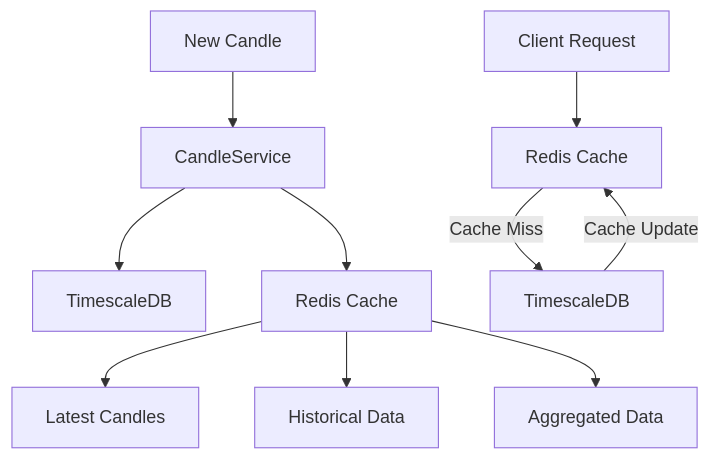
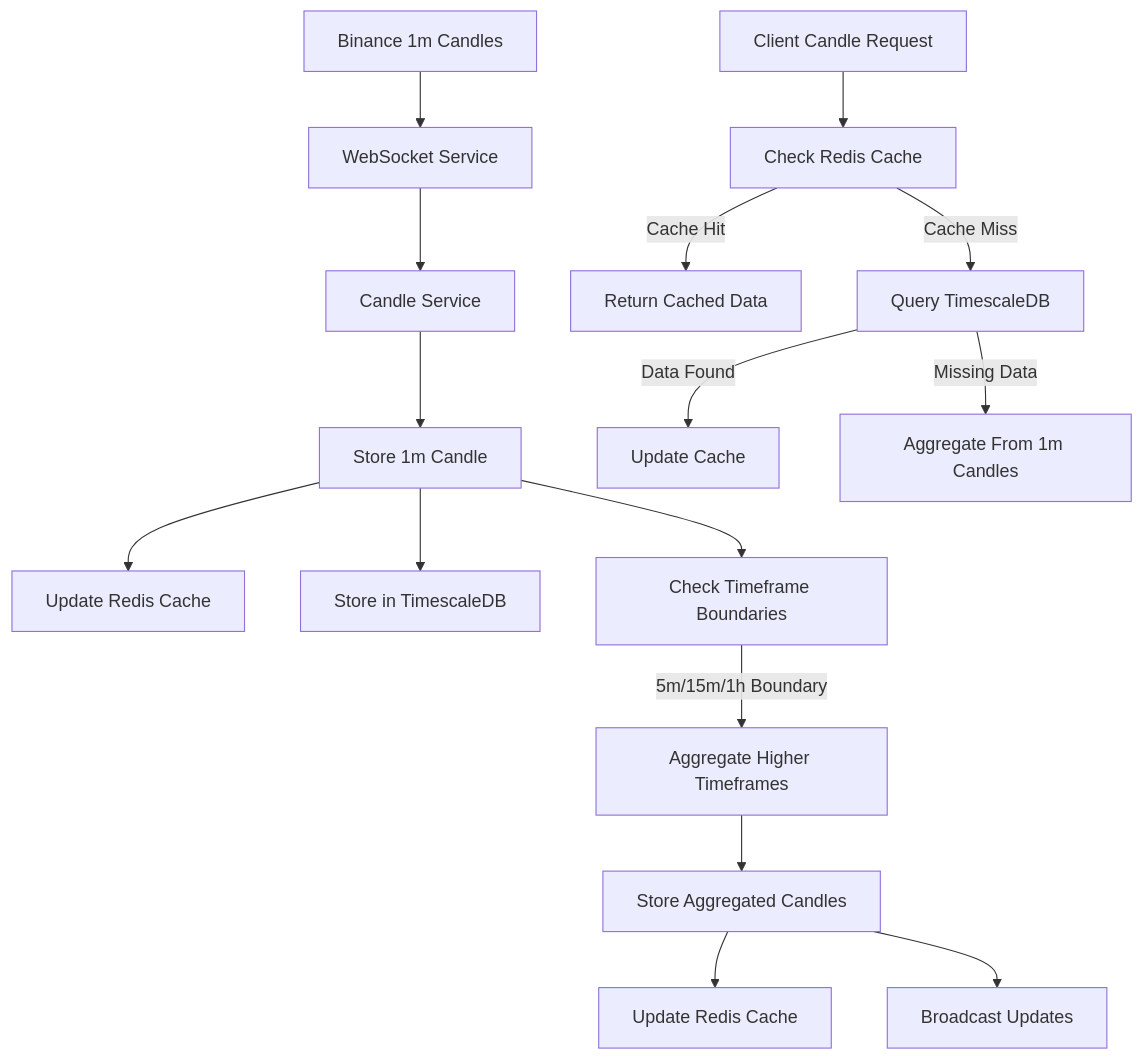
Before and after one commit to yashmakhija/Trades: the diagram in backend/docs/core/candle-data-system.md, drawn with Mermaid. The commit also changed other lines of this file and 6 other files, not shown here.

Commit message:
update candle data architecture and fix historical data

````diff
--- a/backend/docs/core/candle-data-system.md
+++ b/backend/docs/core/candle-data-system.md
@@ -33,12 +46,18 @@
 ```mermaid
 graph TD
-    A[New Candle] --> B[CandleService]
-    B --> C[TimescaleDB]
-    B --> D[Redis Cache]
-    D --> E[Latest Candles]
-    D --> F[Historical Data]
-    D --> G[Aggregated Data]
-    H[Client Request] --> I[Redis Cache]
-    I -->|Cache Miss| J[TimescaleDB]
-    J -->|Cache Update| I
+    A[Binance 1m Candles] --> B[WebSocket Service]
+    B --> C[Candle Service]
+    C --> D[Store 1m Candle]
+    D --> E[Update Redis Cache]
+    D --> F[Store in TimescaleDB]
+    D --> G[Check Timeframe Boundaries]
+    G -->|5m/15m/1h Boundary| H[Aggregate Higher Timeframes]
+    H --> I[Store Aggregated Candles]
+    I --> J[Update Redis Cache]
+    I --> K[Broadcast Updates]
+    L[Client Candle Request] --> M[Check Redis Cache]
+    M -->|Cache Hit| N[Return Cached Data]
+    M -->|Cache Miss| O[Query TimescaleDB]
+    O -->|Data Found| P[Update Cache]
+    O -->|Missing Data| Q[Aggregate From 1m Candles]
 ```
````
